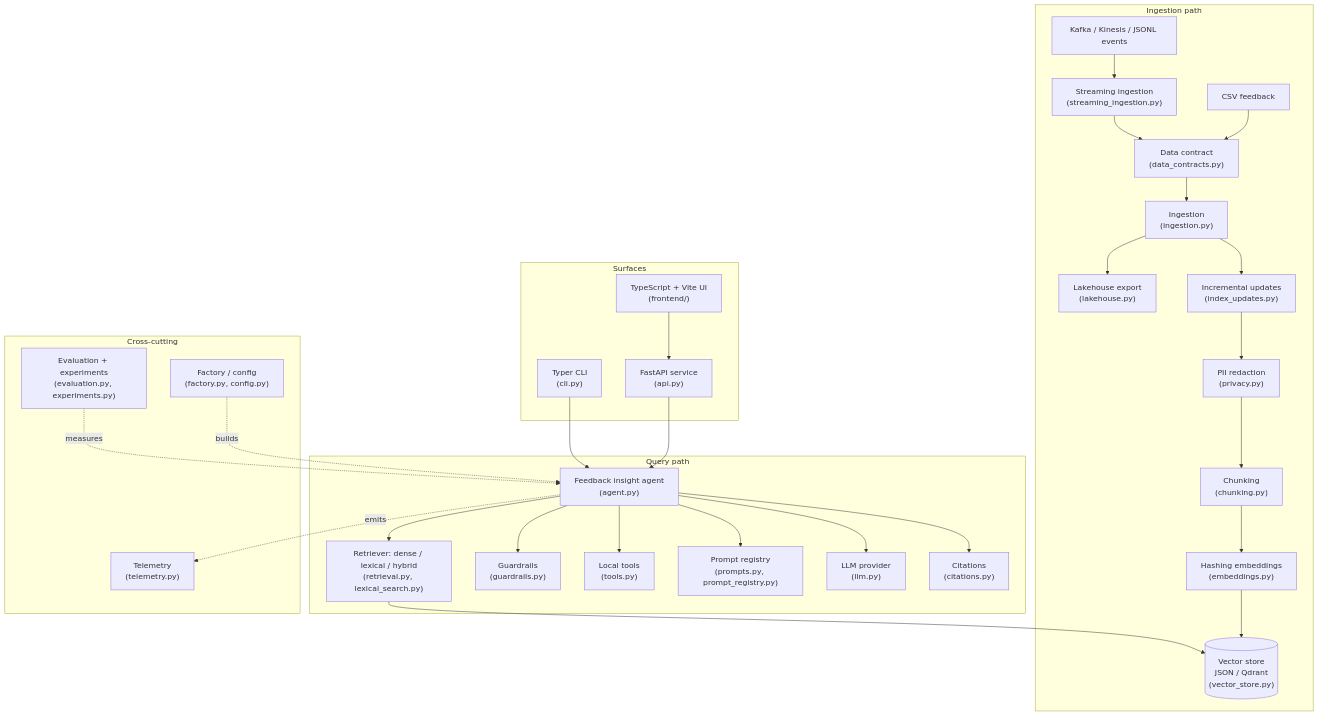
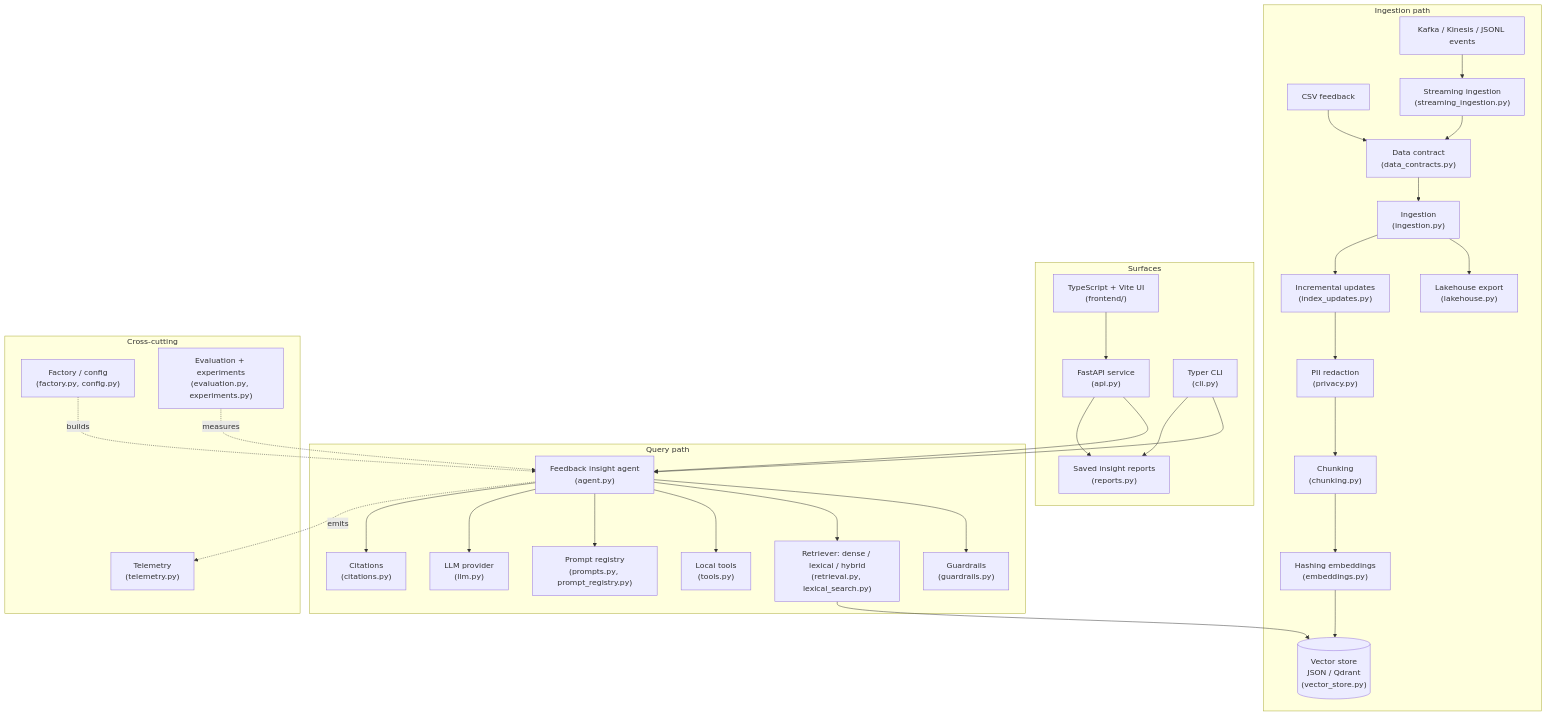
One commit to DiogoRibeiro7/feedback-intelligence-agent changed the first of 3 diagrams in docs/case_study.md. Above: the diagram before and after it, drawn with Mermaid. The commit also changed other lines of this file and 17 other files, not shown here.

Commit message:
feat: add saved insight reports

````diff
--- a/docs/case_study.md
+++ b/docs/case_study.md
@@ -64,51 +64,54 @@
 ```mermaid
 flowchart TB
   subgraph Ingest["Ingestion path"]
     CSV["CSV feedback"] --> DC["Data contract<br/>(data_contracts.py)"]
     STREAM["Kafka / Kinesis / JSONL events"] --> SI["Streaming ingestion<br/>(streaming_ingestion.py)"]
     SI --> DC
     DC --> ING["Ingestion<br/>(ingestion.py)"]
     ING --> LH["Lakehouse export<br/>(lakehouse.py)"]
     ING --> UPD["Incremental updates<br/>(index_updates.py)"]
     UPD --> PRV["PII redaction<br/>(privacy.py)"]
     PRV --> CH["Chunking<br/>(chunking.py)"]
     CH --> EMB["Hashing embeddings<br/>(embeddings.py)"]
     EMB --> VS[("Vector store<br/>JSON / Qdrant<br/>(vector_store.py)")]
   end
 
   subgraph Query["Query path"]
     AG["Feedback insight agent<br/>(agent.py)"]
     RET["Retriever: dense / lexical / hybrid<br/>(retrieval.py, lexical_search.py)"]
     GR["Guardrails<br/>(guardrails.py)"]
     TL["Local tools<br/>(tools.py)"]
     PR["Prompt registry<br/>(prompts.py, prompt_registry.py)"]
     LLM["LLM provider<br/>(llm.py)"]
     CIT["Citations<br/>(citations.py)"]
     AG --> GR
     AG --> RET
     RET --> VS
     AG --> TL
     AG --> PR
     AG --> LLM
     AG --> CIT
   end
 
   subgraph Surfaces["Surfaces"]
     API["FastAPI service<br/>(api.py)"]
     CLI["Typer CLI<br/>(cli.py)"]
     FE["TypeScript + Vite UI<br/>(frontend/)"]
+    REP["Saved insight reports<br/>(reports.py)"]
   end
 
   subgraph Cross["Cross-cutting"]
     FAC["Factory / config<br/>(factory.py, config.py)"]
     TEL["Telemetry<br/>(telemetry.py)"]
     EVAL["Evaluation + experiments<br/>(evaluation.py, experiments.py)"]
   end
 
   API --> AG
   CLI --> AG
   FE --> API
+  API --> REP
+  CLI --> REP
   FAC -.builds.-> AG
   AG -.emits.-> TEL
   EVAL -.measures.-> AG
 ```
````
